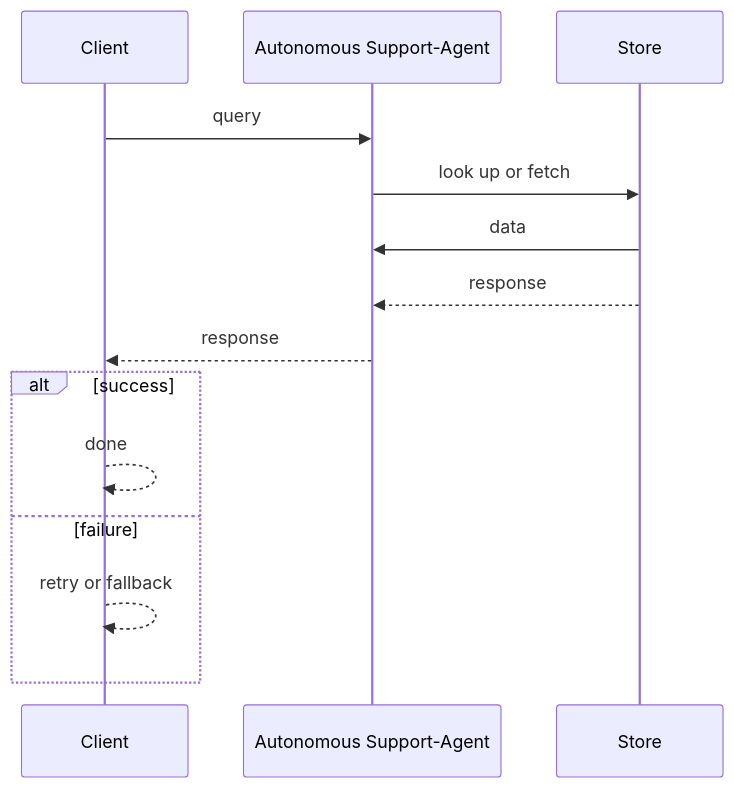
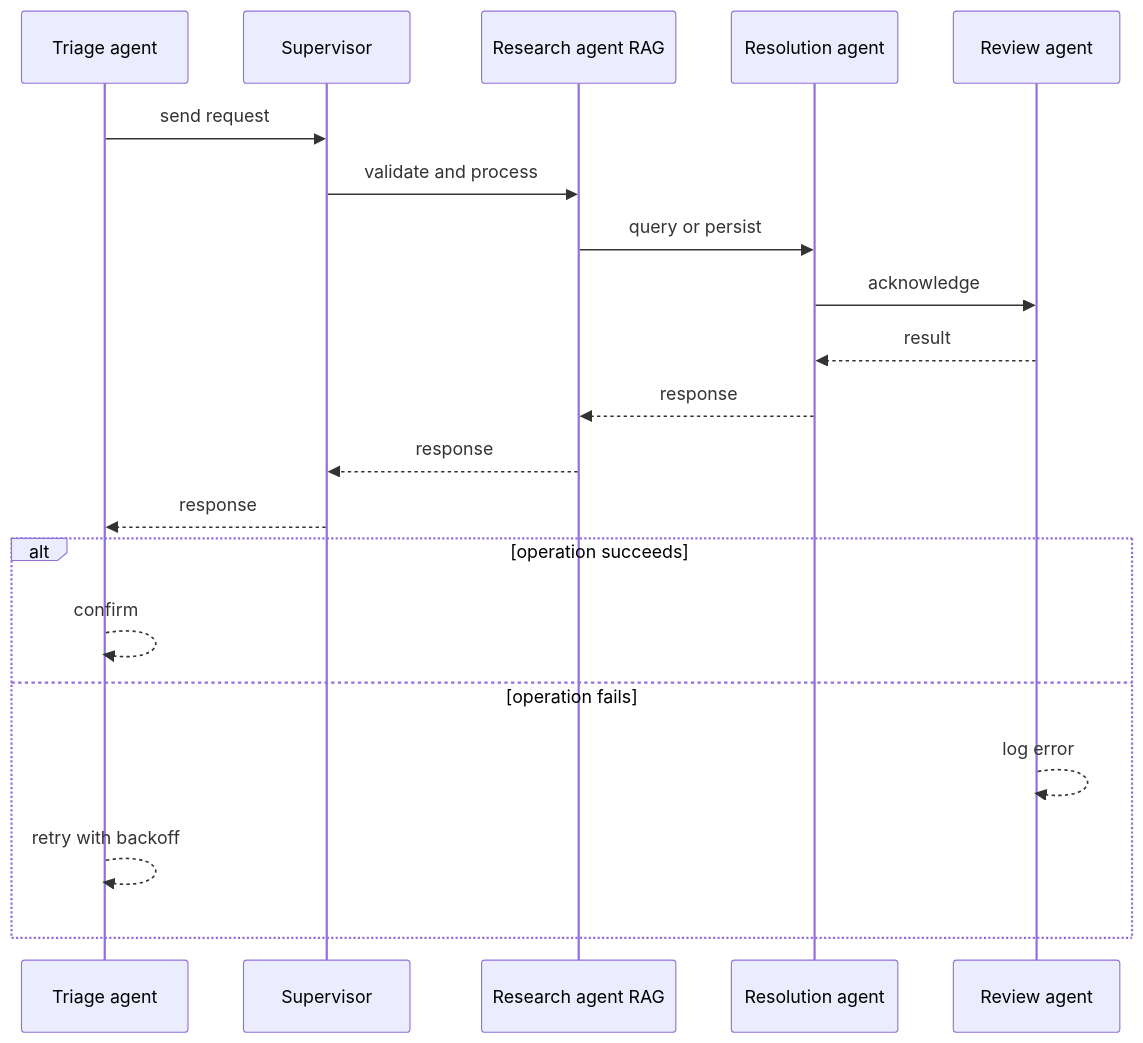
One commit to RIT-MESH/system-design-mastery changed the second of 4 diagrams in case-studies/ai-systems/autonomous-support-agent-team.md. Above: the diagram before and after it, drawn with Mermaid. The commit also changed other lines of this file and 64 other files, not shown here.

````diff
--- a/case-studies/ai-systems/autonomous-support-agent-team.md
+++ b/case-studies/ai-systems/autonomous-support-agent-team.md
@@ -85,17 +73,23 @@
 ```mermaid
 %% created-for: system-design-mastery
 sequenceDiagram
-  participant P0 as Client
-  participant P1 as Autonomous Support-Agent
-  participant P2 as Store
-  P0 ->> P1: query
-  P1 ->> P2: look up or fetch
-  P2 ->> P1: data
-  P2 -->> P1: response
-  P1 -->> P0: response
-  alt success
-    P0 -->> P0: done
-  else failure
-    P0 -->> P0: retry or fallback
+  participant C0 as Triage agent
+  participant C1 as Supervisor
+  participant C2 as Research agent RAG
+  participant C3 as Resolution agent
+  participant C4 as Review agent
+  C0 ->> C1: send request
+  C1 ->> C2: validate and process
+  C2 ->> C3: query or persist
+  C3 ->> C4: acknowledge
+  C4 -->> C3: result
+  C3 -->> C2: response
+  C2 -->> C1: response
+  C1 -->> C0: response
+  alt operation succeeds
+    C0 -->> C0: confirm
+  else operation fails
+    C4 -->> C4: log error
+    C0 -->> C0: retry with backoff
   end
 ```
````
